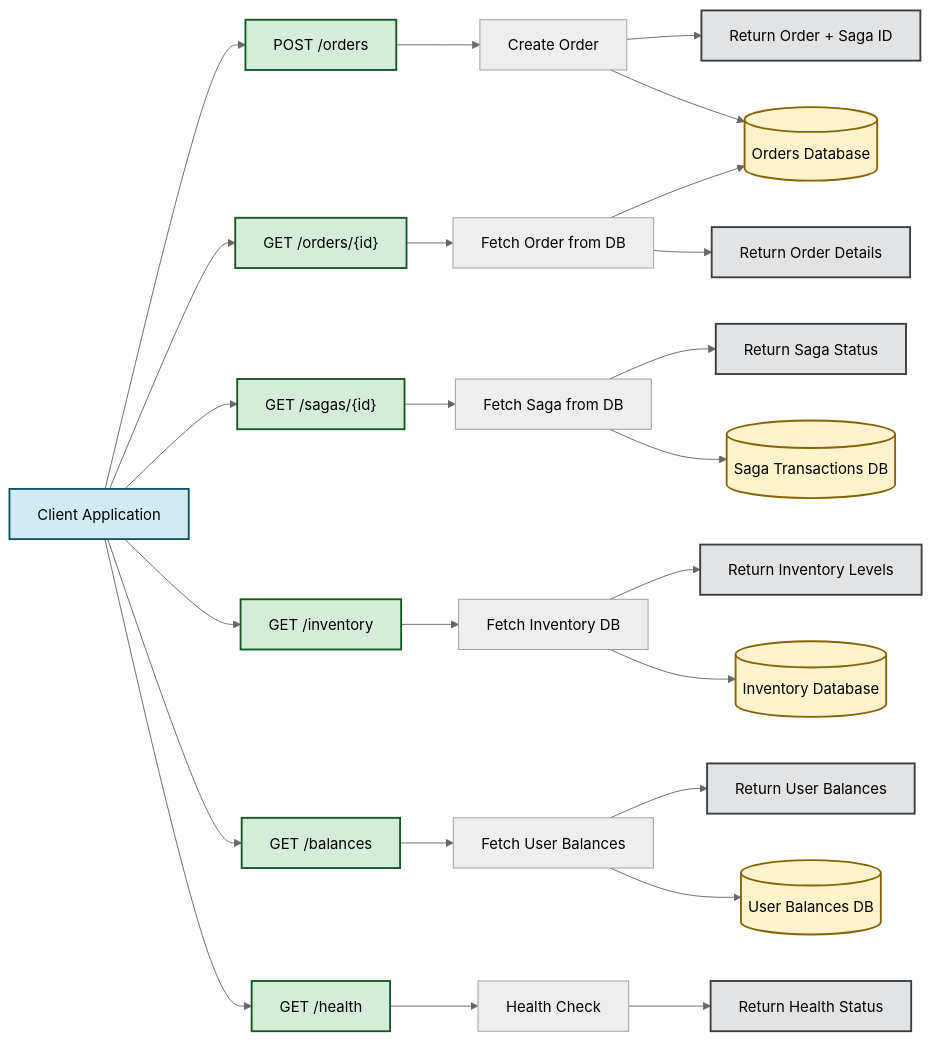
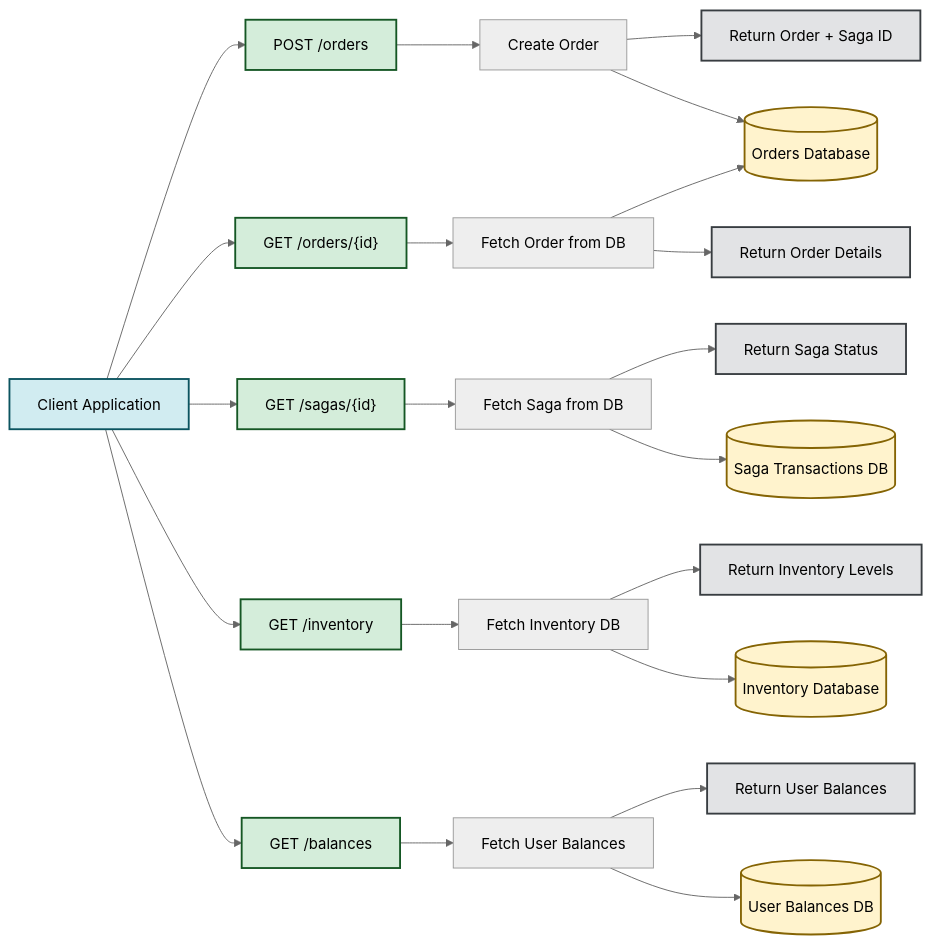
One commit to as10896/saga-demo changed the third of 6 diagrams in docs/workflow.md. Above: the diagram before and after it, drawn with Mermaid (neutral theme). The commit also changed other lines of this file and 10 other files, not shown here.

````diff
--- a/docs/workflow.md
+++ b/docs/workflow.md
@@ -138,44 +144,41 @@
 ```mermaid
 flowchart LR
     %% Client Interactions
     Client[Client Application] --> POST[POST /orders]
     Client --> GET_ORDER["GET /orders/{id}"]
     Client --> GET_SAGA["GET /sagas/{id}"]
     Client --> GET_INV[GET /inventory]
     Client --> GET_BAL[GET /balances]
-    Client --> HEALTH[GET /health]
 
     %% API Processing
     POST --> CreateOrder[Create Order]
     GET_ORDER --> FetchOrder[Fetch Order from DB]
     GET_SAGA --> FetchSaga[Fetch Saga from DB]
     GET_INV --> FetchInventory[Fetch Inventory DB]
     GET_BAL --> FetchBalances[Fetch User Balances]
-    HEALTH --> HealthCheck[Health Check]
 
     %% Response Flow
     CreateOrder --> Response[Return Order + Saga ID]
     FetchOrder --> OrderResponse[Return Order Details]
     FetchSaga --> SagaResponse[Return Saga Status]
     FetchInventory --> InventoryResponse[Return Inventory Levels]
     FetchBalances --> BalanceResponse[Return User Balances]
-    HealthCheck --> HealthResponse[Return Health Status]
 
     %% Database Layer
     CreateOrder --> OrdersDB[(Orders Database)]
     FetchOrder --> OrdersDB
     FetchSaga --> SagaDB[(Saga Transactions DB)]
     FetchInventory --> InventoryDB[(Inventory Database)]
     FetchBalances --> UserDB[(User Balances DB)]
 
     %% Styling
     classDef client fill:#d1ecf1,stroke:#0c5460,stroke-width:2px
     classDef api fill:#d4edda,stroke:#155724,stroke-width:2px
     classDef db fill:#fff3cd,stroke:#856404,stroke-width:2px
     classDef response fill:#e2e3e5,stroke:#383d41,stroke-width:2px
 
     class Client client
-    class POST,GET_ORDER,GET_SAGA,GET_INV,GET_BAL,HEALTH api
+    class POST,GET_ORDER,GET_SAGA,GET_INV,GET_BAL,RESET,HEALTH api
     class OrdersDB,SagaDB,InventoryDB,UserDB db
-    class Response,OrderResponse,SagaResponse,InventoryResponse,BalanceResponse,HealthResponse response
+    class Response,OrderResponse,SagaResponse,InventoryResponse,BalanceResponse,ResetResponse,HealthResponse response
 ```
````
